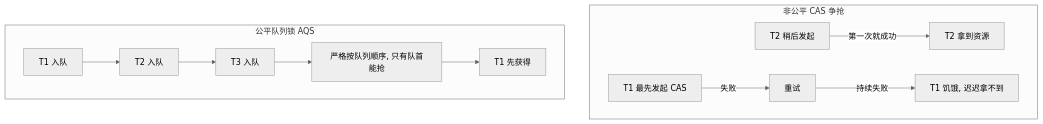
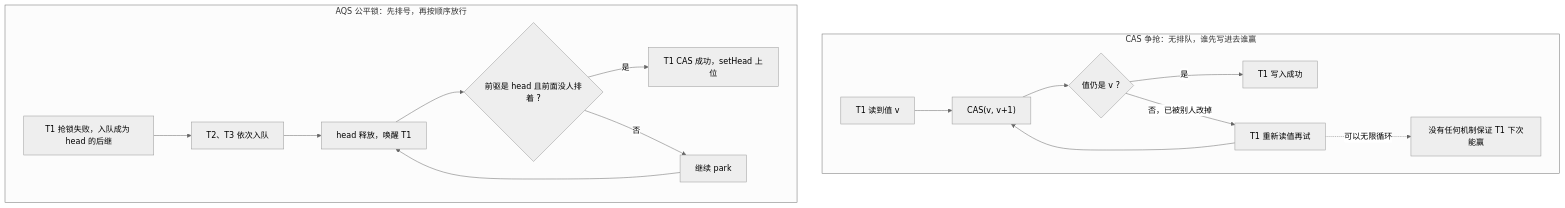
Before and after one commit to fanyajun186/java-interview-prep: the second of 3 diagrams in notebook/java-core/java-core-cas.md, drawn with Mermaid (neutral theme). The commit also changed other lines of this file and 32 other files, not shown here.

````diff
--- a/notebook/java-core/java-core-cas.md
+++ b/notebook/java-core/java-core-cas.md
@@ -138,14 +139,20 @@
 ```mermaid
 flowchart TD
-    subgraph N["非公平 CAS 争抢"]
-        N1["T1 最先发起 CAS"] -->|失败| N2["重试"]
-        N3["T2 稍后发起"] -->|第一次就成功| N4["T2 拿到资源"]
-        N2 -->|持续失败| N5["T1 饥饿, 迟迟拿不到"]
+    subgraph CAS["CAS 争抢：无排队，谁先写进去谁赢"]
+        C1["T1 读到值 v"] --> C2["CAS(v, v+1)"]
+        C2 --> C3{"值仍是 v ?"}
+        C3 -->|"是"| C4["T1 写入成功"]
+        C3 -->|"否，已被别人改掉"| C5["T1 重新读值再试"]
+        C5 --> C2
+        C5 -.->|"可以无限循环"| C6["没有任何机制保证 T1 下次能赢"]
     end
-    subgraph F["公平队列锁 AQS"]
-        F1["T1 入队"] --> F2["T2 入队"]
-        F2 --> F3["T3 入队"]
-        F3 --> F4["严格按队列顺序, 只有队首能抢"]
-        F4 --> F5["T1 先获得"]
+
+    subgraph FAIR["AQS 公平锁：先排号，再按顺序放行"]
+        F1["T1 抢锁失败，入队成为 head 的后继"] --> F2["T2、T3 依次入队"]
+        F2 --> F3["head 释放，唤醒 T1"]
+        F3 --> F4{"前驱是 head 且前面没人排着 ?"}
+        F4 -->|"是"| F5["T1 CAS 成功，setHead 上位"]
+        F4 -->|"否"| F6["继续 park"]
+        F6 --> F3
     end
 ```
````
